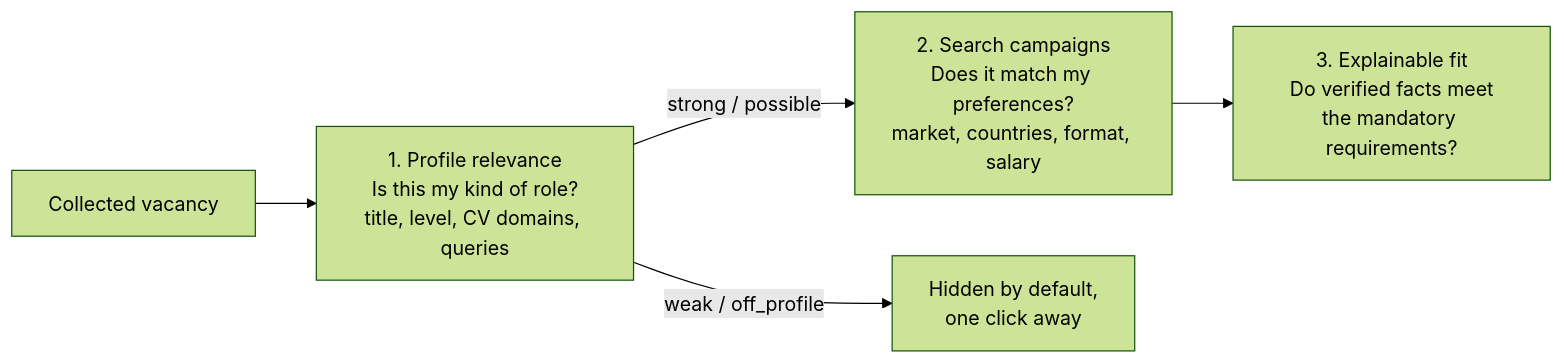
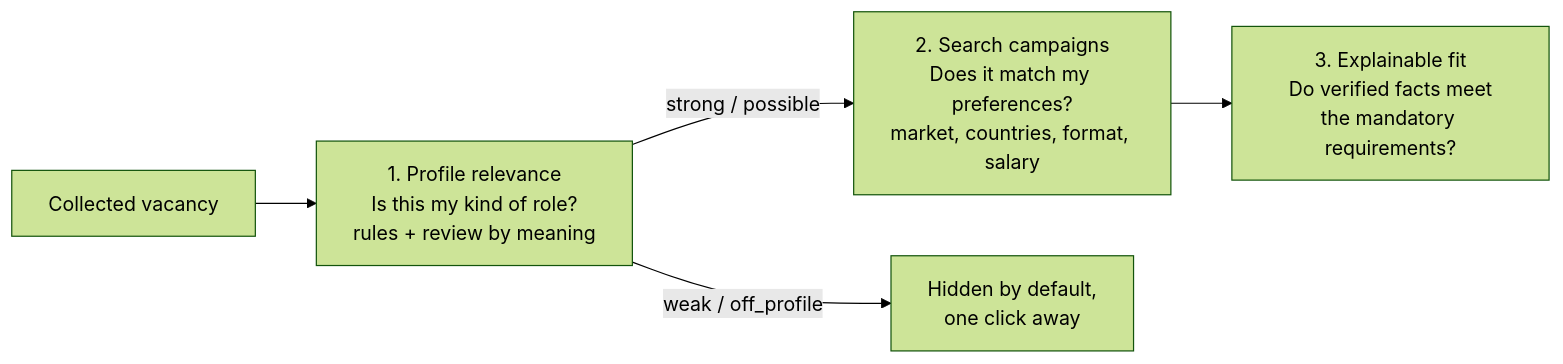
Before and after one commit to eiler2005/career-copilot: the diagram in docs/RELEVANCE.md, drawn with Mermaid (forest theme). The commit also changed other lines of this file and 26 other files, not shown here.

First line of the commit message:
Add relevance thermometer, agent review by meaning and field queries

````diff
--- a/docs/RELEVANCE.md
+++ b/docs/RELEVANCE.md
@@ -11,7 +14,7 @@
 ```mermaid
 flowchart LR
-  V["Collected vacancy"] --> R["1. Profile relevance<br/>Is this my kind of role?<br/>title, level, CV domains, queries"]
+  V["Collected vacancy"] --> R["1. Profile relevance<br/>Is this my kind of role?<br/>rules + review by meaning"]
   R -- "strong / possible" --> C["2. Search campaigns<br/>Does it match my preferences?<br/>market, countries, format, salary"]
   R -- "weak / off_profile" --> H["Hidden by default,<br/>one click away"]
   C --> F["3. Explainable fit<br/>Do verified facts meet<br/>the mandatory requirements?"]
 ```
````
